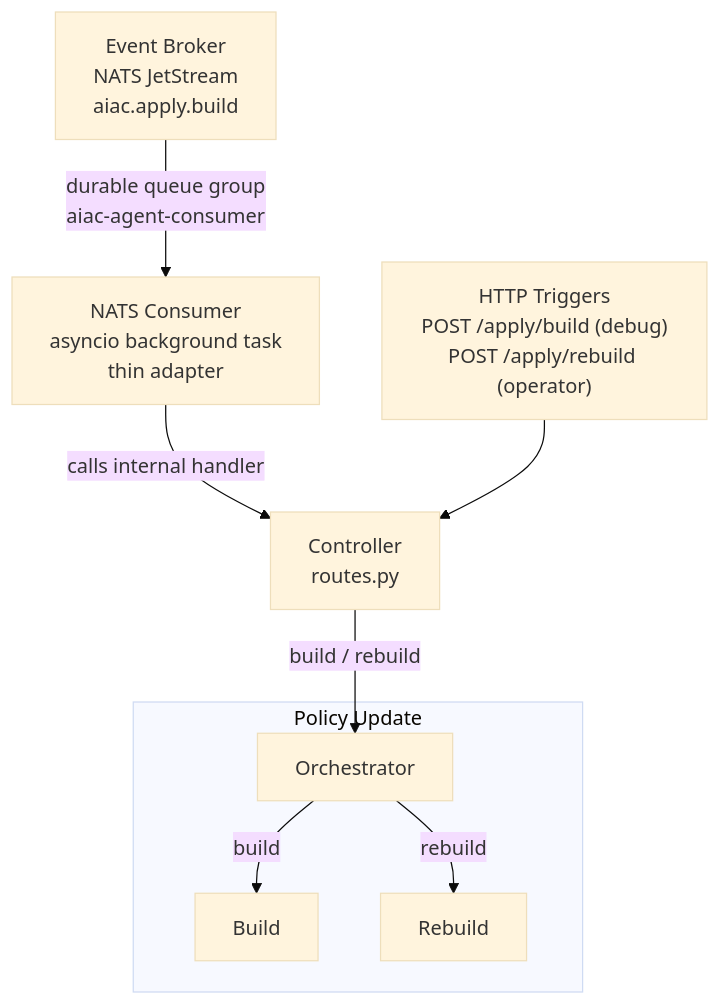
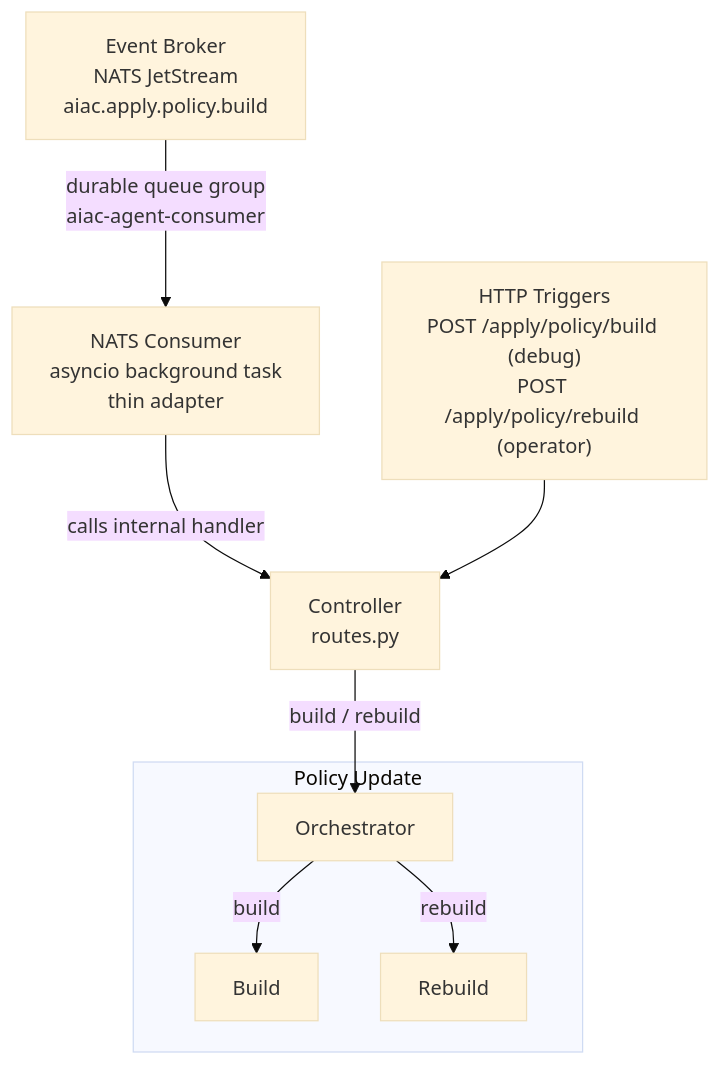
The first of 3 diagrams in inception/requirements/components/aiac-agent/uc2-policy-update.md (rossoctl/aiac), drawn with Mermaid (base theme) before and after one commit. The commit also changed other lines of this file and 5 other files, not shown here.

````diff
--- a/inception/requirements/components/aiac-agent/uc2-policy-update.md
+++ b/inception/requirements/components/aiac-agent/uc2-policy-update.md
@@ -11,21 +11,21 @@
 ```mermaid
 flowchart TD
-    NATS["Event Broker\nNATS JetStream\naiac.apply.build"]
+    NATS["Event Broker\nNATS JetStream\naiac.apply.policy.build"]
     NATS_CONSUMER["NATS Consumer\nasyncio background task\nthin adapter"]
-    TRIGGERS["HTTP Triggers\nPOST /apply/build (debug)\nPOST /apply/rebuild (operator)"]
+    TRIGGERS["HTTP Triggers\nPOST /apply/policy/build (debug)\nPOST /apply/policy/rebuild (operator)"]
     CTRL["Controller\nroutes.py"]
 
     NATS -->|"durable queue group\naiac-agent-consumer"| NATS_CONSUMER
     NATS_CONSUMER -->|"calls internal handler"| CTRL
     TRIGGERS --> CTRL
 
     subgraph PU["Policy Update"]
         ORC2["Orchestrator"]
         SA3["Build"]
         SA4["Rebuild"]
         ORC2 -->|"build"| SA3
         ORC2 -->|"rebuild"| SA4
     end
 
     CTRL -->|"build / rebuild"| ORC2
 ```
````
